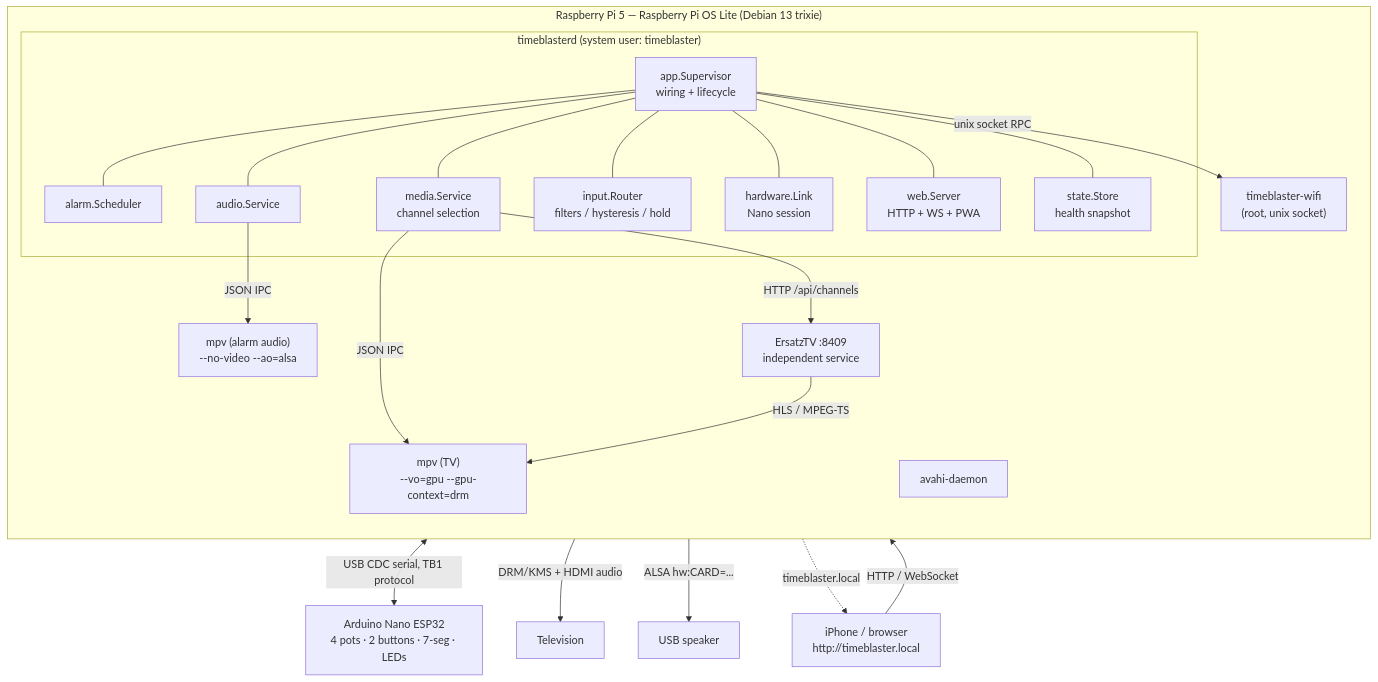
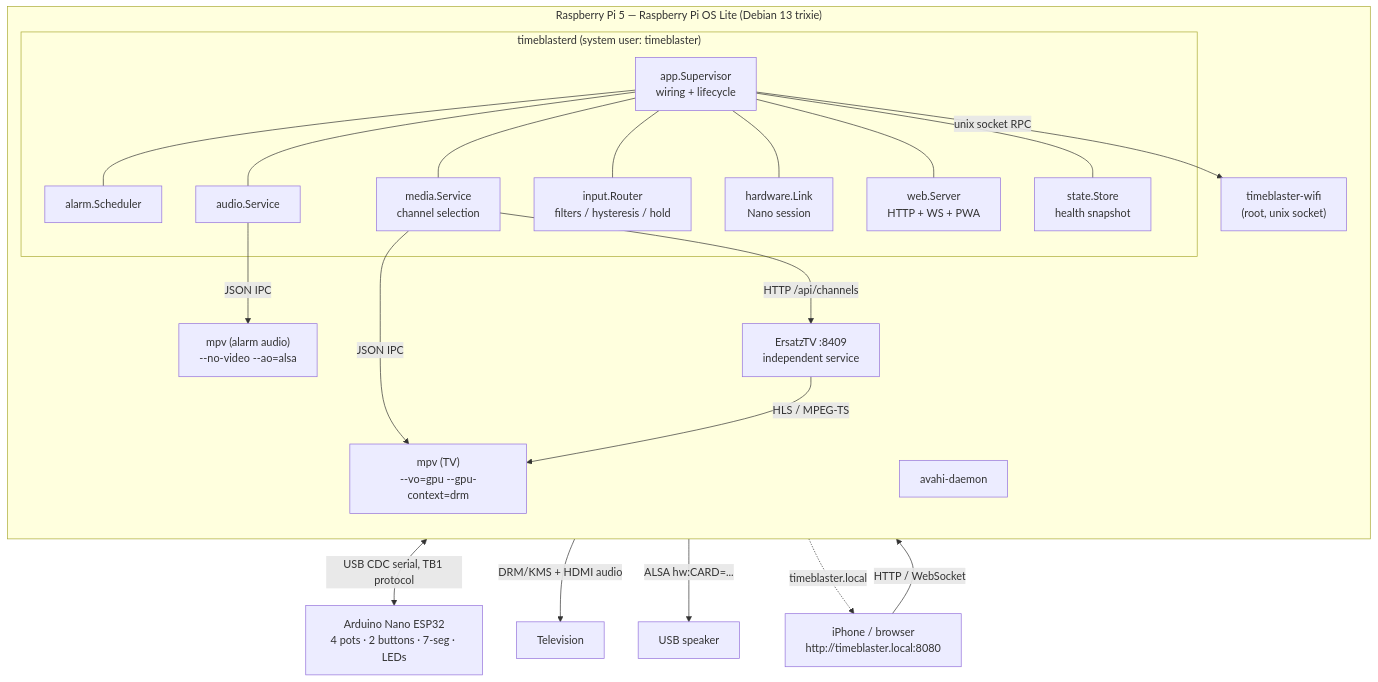
The diagram in docs/architecture.md (bradleyasu/TimeBlaster_Services), drawn with Mermaid before and after one commit. The commit also changed 11 other files, not shown here.

````diff
--- a/docs/architecture.md
+++ b/docs/architecture.md
@@ -19,41 +19,41 @@
 ```mermaid
 flowchart TB
-    phone["iPhone / browser<br/>http://timeblaster.local"]
+    phone["iPhone / browser<br/>http://timeblaster.local:8080"]
 
     subgraph pi["Raspberry Pi 5 — Raspberry Pi OS Lite (Debian 13 trixie)"]
         direction TB
 
         subgraph tbd["timeblasterd (system user: timeblaster)"]
             app["app.Supervisor<br/>wiring + lifecycle"]
             alarmsvc["alarm.Scheduler"]
             audiosvc["audio.Service"]
             mediasvc["media.Service<br/>channel selection"]
             inputsvc["input.Router<br/>filters / hysteresis / hold"]
             hwsvc["hardware.Link<br/>Nano session"]
             websvc["web.Server<br/>HTTP + WS + PWA"]
             statesvc["state.Store<br/>health snapshot"]
         end
 
         mpvtv["mpv (TV)<br/>--vo=gpu --gpu-context=drm"]
         mpvalarm["mpv (alarm audio)<br/>--no-video --ao=alsa"]
         etv["ErsatzTV :8409<br/>independent service"]
         wifid["timeblaster-wifi<br/>(root, unix socket)"]
         avahi["avahi-daemon"]
     end
 
     nano["Arduino Nano ESP32<br/>4 pots · 2 buttons · 7-seg · LEDs"]
     tv["Television"]
     spk["USB speaker"]
 
     phone -->|"HTTP / WebSocket"| websvc
     app --- alarmsvc & audiosvc & mediasvc & inputsvc & hwsvc & websvc & statesvc
     hwsvc <-->|"USB CDC serial, TB1 protocol"| nano
     mediasvc -->|"JSON IPC"| mpvtv
     mediasvc -->|"HTTP /api/channels"| etv
     etv -->|"HLS / MPEG-TS"| mpvtv
     mpvtv -->|"DRM/KMS + HDMI audio"| tv
     audiosvc -->|"JSON IPC"| mpvalarm
     mpvalarm -->|"ALSA hw:CARD=..."| spk
     app -->|"unix socket RPC"| wifid
     avahi -.->|"timeblaster.local"| phone
 ```
````
